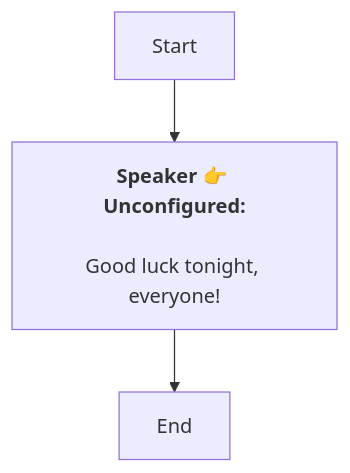
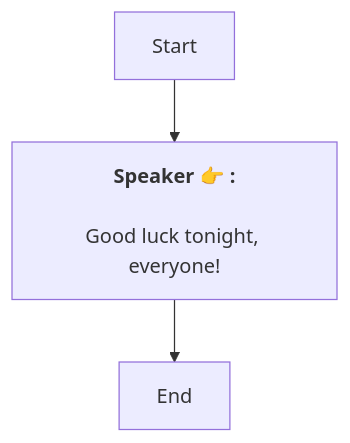
The diagram in En/Dialog_55255523884227.md (SoftHu/tos_avg), drawn with Mermaid before and after one commit. The commit also changed 737 other files, not shown here.

````diff
--- a/En/Dialog_55255523884227.md
+++ b/En/Dialog_55255523884227.md
@@ -1,8 +1,7 @@
 ```mermaid
 graph
-Start -->1768176772122497[<b>Speaker 👉 Unconfigured:</b>
-
-Good luck tonight, everyone!]
+Start -->1768176772122497[<b>Speaker 👉 :</b>
+\nGood luck tonight, everyone!]
 1768176772122497 -->1768176774240130[End]
 
- ```
+```
````
